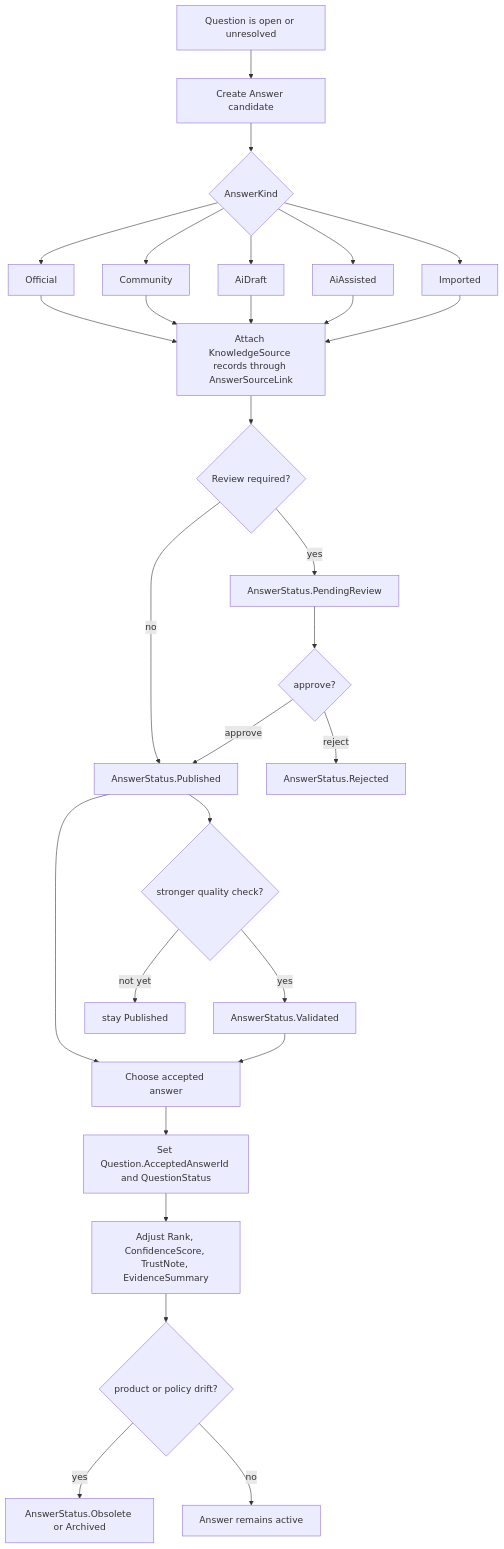
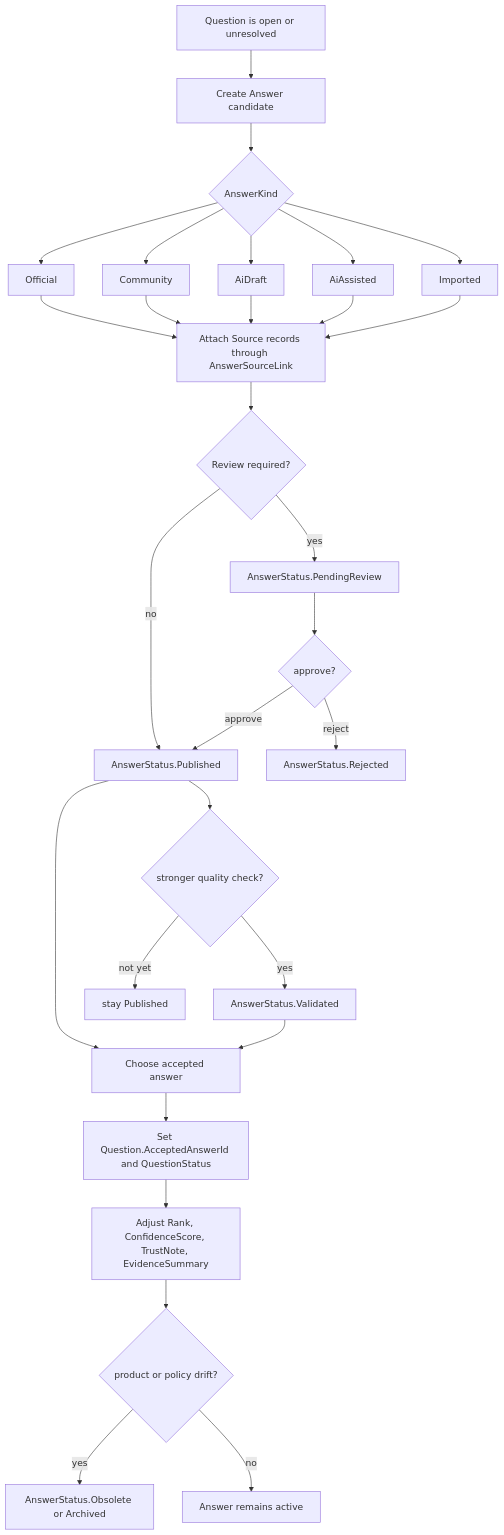
Before and after one commit to marcosrioj/querify: the diagram in dotnet/BaseFaq.Sample.Features.NewQaModel/Flows/03-answer-production-and-selection.md, drawn with Mermaid. The commit also changed other lines of this file and 261 other files, not shown here.

````diff
--- a/dotnet/BaseFaq.Sample.Features.NewQaModel/Flows/03-answer-production-and-selection.md
+++ b/dotnet/BaseFaq.Sample.Features.NewQaModel/Flows/03-answer-production-and-selection.md
@@ -7,31 +7,31 @@
 ```mermaid
 flowchart TD
     Need[Question is open or unresolved] --> Candidate[Create Answer candidate]
     Candidate --> Kind{AnswerKind}
     Kind --> Official[Official]
     Kind --> Community[Community]
     Kind --> AiDraft[AiDraft]
     Kind --> AiAssisted[AiAssisted]
     Kind --> Imported[Imported]
     Official --> Evidence
     Community --> Evidence
     AiDraft --> Evidence
     AiAssisted --> Evidence
     Imported --> Evidence
-    Evidence[Attach KnowledgeSource records through AnswerSourceLink] --> Review{Review required?}
+    Evidence[Attach Source records through AnswerSourceLink] --> Review{Review required?}
     Review -->|yes| Pending[AnswerStatus.PendingReview]
     Review -->|no| Published[AnswerStatus.Published]
     Pending --> Decision{approve?}
     Decision -->|approve| Published
     Decision -->|reject| Rejected[AnswerStatus.Rejected]
     Published --> Validate{stronger quality check?}
     Validate -->|yes| Validated[AnswerStatus.Validated]
     Validate -->|not yet| Live[stay Published]
     Published --> Accept[Choose accepted answer]
     Validated --> Accept
     Accept --> Thread[Set Question.AcceptedAnswerId and QuestionStatus]
     Thread --> Rank[Adjust Rank, ConfidenceScore, TrustNote, EvidenceSummary]
     Rank --> Retire{product or policy drift?}
     Retire -->|yes| Obsolete[AnswerStatus.Obsolete or Archived]
     Retire -->|no| Active[Answer remains active]
 ```
````
